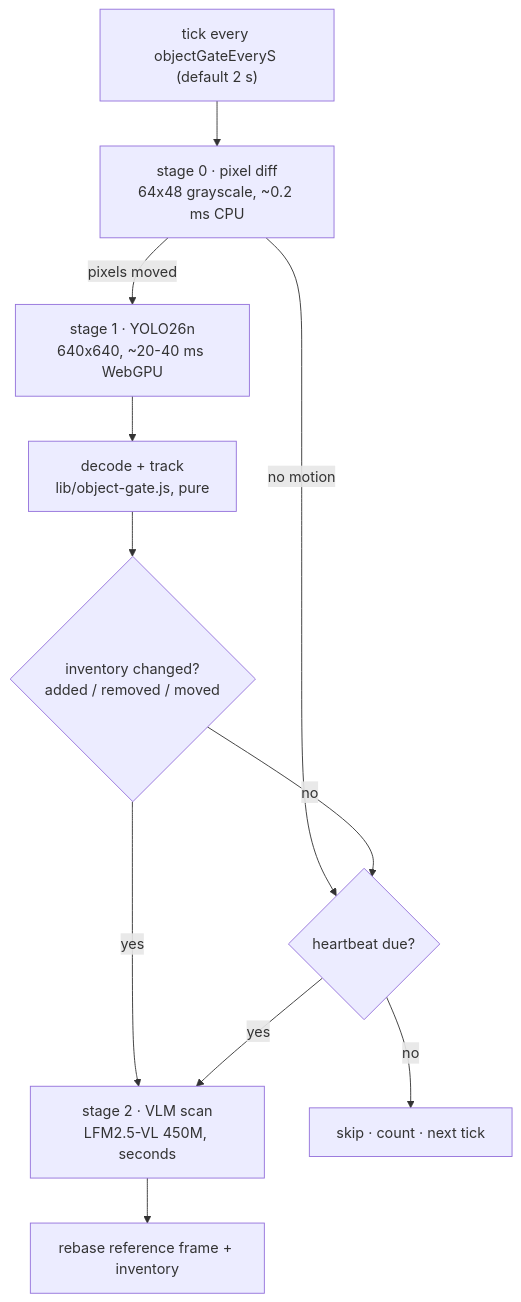
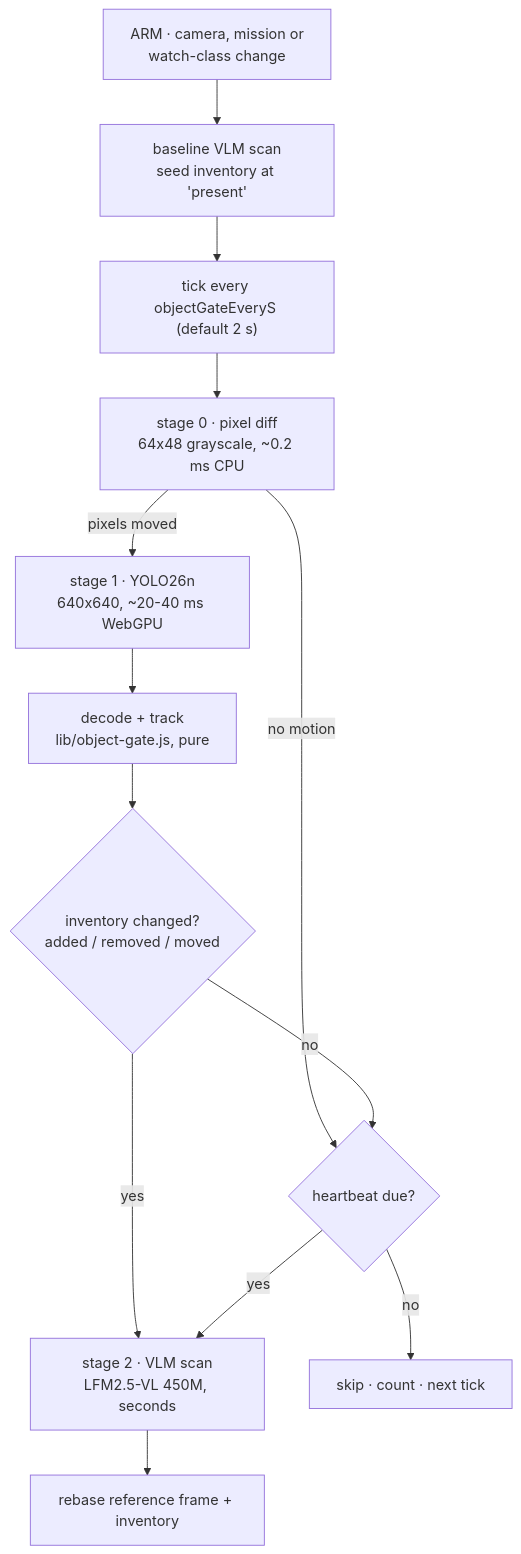
The first of 3 diagrams in docs/PRD-object-gate.md (barakplasma/Aura), drawn with Mermaid before and after one commit. The commit also changed other lines of this file, not shown here.

First line of the commit message:
docs(object-gate): cold-start baseline scan, movement as a tunable trigger

````diff
--- a/docs/PRD-object-gate.md
+++ b/docs/PRD-object-gate.md
@@ -56,13 +56,15 @@
 ```mermaid
 flowchart TD
+    A["ARM · camera, mission or<br/>watch-class change"] --> B["baseline VLM scan<br/>seed inventory at 'present'"]
+    B --> T
     T["tick every objectGateEveryS (default 2 s)"] --> M["stage 0 · pixel diff<br/>64x48 grayscale, ~0.2 ms CPU"]
     M -- "no motion" --> HB{"heartbeat due?"}
     M -- "pixels moved" --> Y["stage 1 · YOLO26n<br/>640x640, ~20-40 ms WebGPU"]
     Y --> D["decode + track<br/>lib/object-gate.js, pure"]
     D --> Q{"inventory changed?<br/>added / removed / moved"}
     Q -- "no" --> HB
     Q -- "yes" --> V["stage 2 · VLM scan<br/>LFM2.5-VL 450M, seconds"]
     HB -- "yes" --> V
     HB -- "no" --> K["skip · count · next tick"]
     V --> R["rebase reference frame + inventory"]
 ```
````
